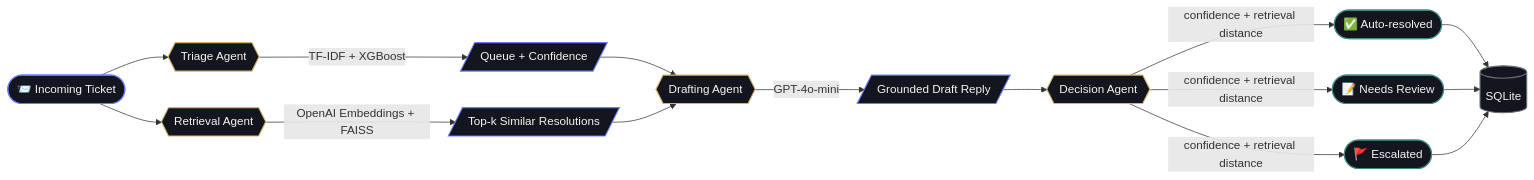
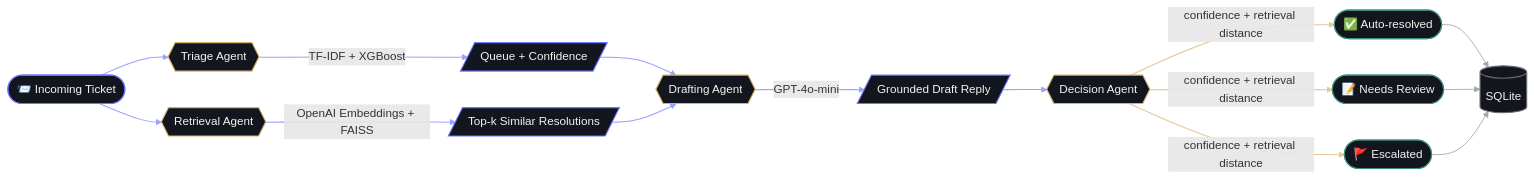
Before and after one commit to Jenil05-web/AI-Ops: the diagram in README.md, drawn with Mermaid. The commit also changed other lines of this file and 1 other file, not shown here.

Commit message:
Final changes of the entire project

````diff
--- a/README.md
+++ b/README.md
@@ -56,26 +56,29 @@
 ```mermaid
 flowchart LR
     T([📨 Incoming Ticket]) --> TR{{Triage Agent}}
     TR -->|TF-IDF + XGBoost| Q[/Queue + Confidence/]
     T --> RT{{Retrieval Agent}}
     RT -->|OpenAI Embeddings + FAISS| CTX[/Top-k Similar Resolutions/]
     Q --> DR{{Drafting Agent}}
     CTX --> DR
     DR -->|GPT-4o-mini| RESP[/Grounded Draft Reply/]
     RESP --> DEC{{Decision Agent}}
     DEC -->|confidence + retrieval distance| OUT1([✅ Auto-resolved])
     DEC -->|confidence + retrieval distance| OUT2([📝 Needs Review])
     DEC -->|confidence + retrieval distance| OUT3([🚩 Escalated])
     OUT1 --> DB[(SQLite)]
     OUT2 --> DB
     OUT3 --> DB
 
     classDef ticket fill:#14161F,stroke:#6E7BFF,color:#F4F3EF,stroke-width:1.5px
     classDef agent fill:#14161F,stroke:#D9B26A,color:#F4F3EF,stroke-width:1.5px
     classDef out fill:#14161F,stroke:#3E8E7E,color:#F4F3EF,stroke-width:1.5px
     classDef store fill:#14161F,stroke:#6A6D76,color:#F4F3EF,stroke-width:1.5px
     class T,Q,CTX,RESP ticket
     class TR,RT,DR,DEC agent
     class OUT1,OUT2,OUT3 out
     class DB store
+    linkStyle 0,1,2,3,4,5,6,7 stroke:#6E7BFF,stroke-width:1.4px,opacity:0.7
+    linkStyle 8,9,10 stroke:#D9B26A,stroke-width:1.4px,opacity:0.7
+    linkStyle 11,12,13 stroke:#6A6D76,stroke-width:1.2px,opacity:0.6
 ```
````
